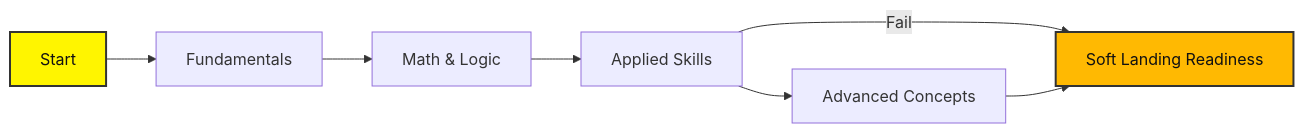
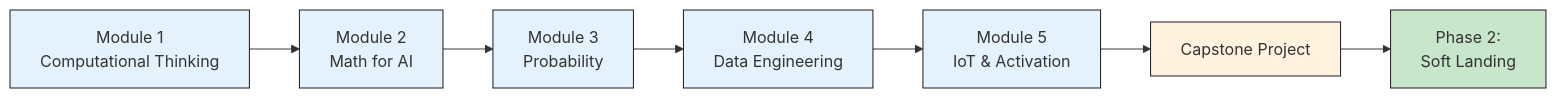
One commit to humblebeeai/int.academy-curriculum changed the diagram in docs/school/01-intro.mdx. Above: the diagram before and after it, drawn with Mermaid. The commit also changed other lines of this file and 28 other files, not shown here.

````diff
--- a/docs/school/01-intro.mdx
+++ b/docs/school/01-intro.mdx
@@ -22,12 +208,17 @@
 ```mermaid
 graph LR
-    A[Start] --> B[Fundamentals]
-    B --> C[Math & Logic]
-    C --> D[Applied Skills]
-    D --> E[Advanced Concepts]
-    D -->|Fail| F[Revisit Fundamentals]
-    E --> F[Soft Landing Readiness]
+    A[Module 1<br/>Computational Thinking] --> B[Module 2<br/>Math for AI]
+    B --> C[Module 3<br/>Probability]
+    C --> D[Module 4<br/>Data Engineering]
+    D --> E[Module 5<br/>IoT & Activation]
+    E --> F[Capstone Project]
+    F --> G[Phase 2:<br/>Soft Landing]
     
-    style A fill:#FFF500,color:#111,stroke:#333,stroke-width:2px
-    style F fill:#FFB902,color:#111,stroke:#333,stroke-width:2px
+    style A fill:#e3f2fd,stroke:#1a1a1a
+    style B fill:#e3f2fd,stroke:#1a1a1a
+    style C fill:#e3f2fd,stroke:#1a1a1a
+    style D fill:#e3f2fd,stroke:#1a1a1a
+    style E fill:#e3f2fd,stroke:#1a1a1a
+    style F fill:#fff3e0,stroke:#1a1a1a
+    style G fill:#c8e6c9,stroke:#1a1a1a
 ```
````
